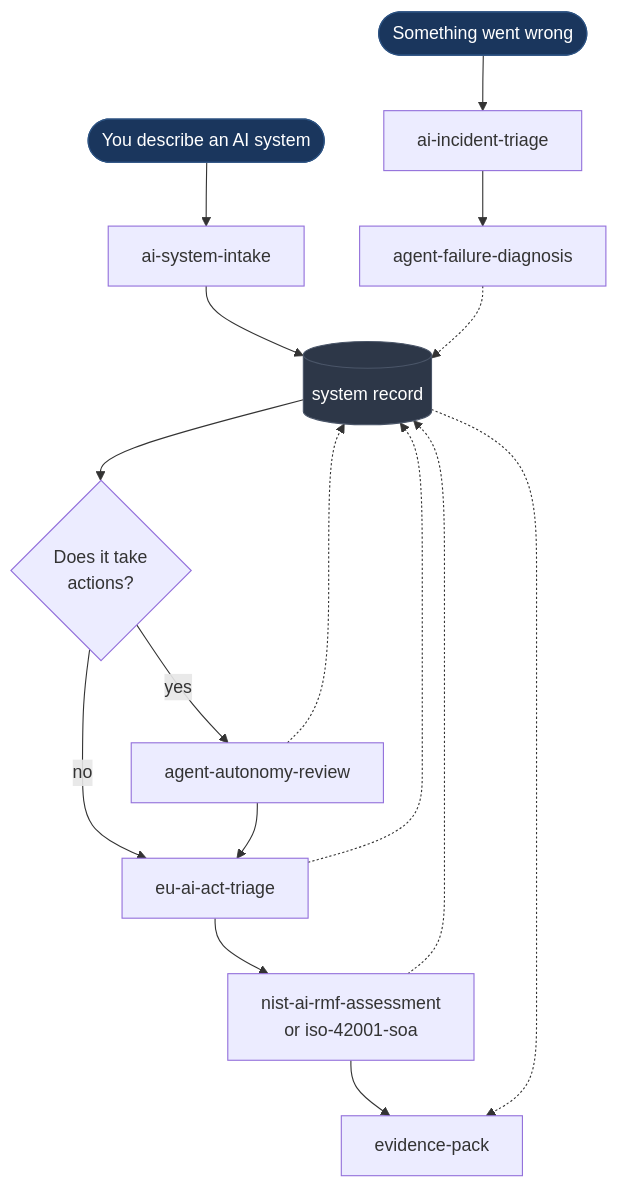
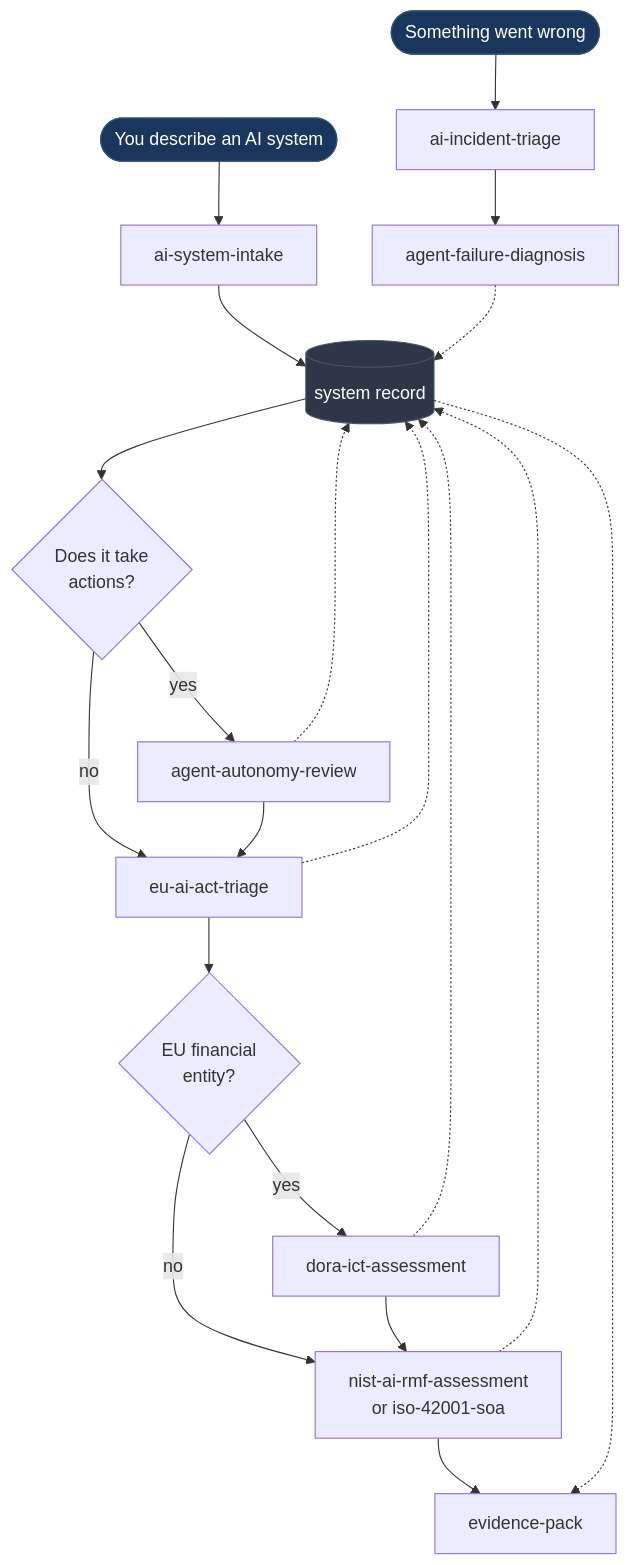
Before and after one commit to PKusch/remit: the first of 2 diagrams in README.md, drawn with Mermaid. The commit also changed other lines of this file and 12 other files, not shown here.

````diff
--- a/README.md
+++ b/README.md
@@ -69,26 +69,30 @@
 ```mermaid
 flowchart TD
     START([You describe an AI system]) --> INTAKE[ai-system-intake]
     INTAKE --> REC[(system record)]
 
     REC --> Q{Does it take<br/>actions?}
     Q -->|yes| AUTO[agent-autonomy-review]
     Q -->|no| LAW
     AUTO --> LAW[eu-ai-act-triage]
-    LAW --> FW[nist-ai-rmf-assessment<br/>or iso-42001-soa]
+    LAW --> FIN{EU financial<br/>entity?}
+    FIN -->|yes| DORA[dora-ict-assessment]
+    FIN -->|no| FW
+    DORA --> FW[nist-ai-rmf-assessment<br/>or iso-42001-soa]
     FW --> PACK[evidence-pack]
+    DORA -.-> REC
 
     BAD([Something went wrong]) --> INC[ai-incident-triage]
     INC --> DIAG[agent-failure-diagnosis]
 
     AUTO -.-> REC
     LAW -.-> REC
     FW -.-> REC
     DIAG -.-> REC
     REC -.-> PACK
 
     classDef rec fill:#2d3748,stroke:#4a5568,color:#fff
     classDef entry fill:#1a365d,stroke:#2c5282,color:#fff
     class REC rec
     class START,BAD entry
 ```
````
